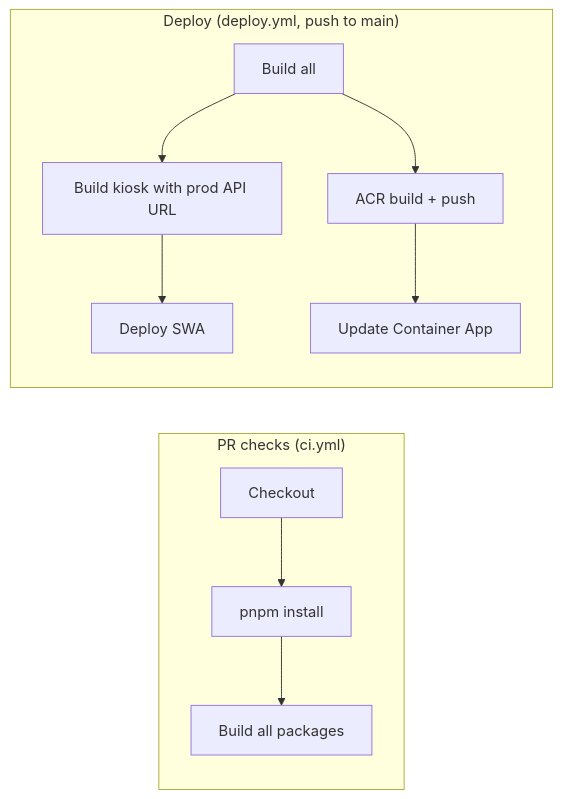
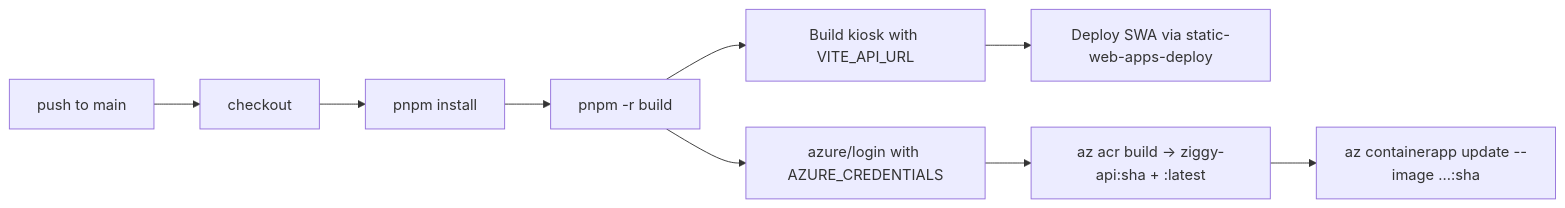
The third of 3 diagrams in docs/deployment.md (expertslive/ziggy), drawn with Mermaid before and after one commit. The commit also changed other lines of this file and 10 other files, not shown here.

First line of the commit message:
docs: comprehensive refresh — architecture, security, data model, state management, lessons

````diff
--- a/docs/deployment.md
+++ b/docs/deployment.md
@@ -39,14 +92,11 @@
 ```mermaid
-graph LR
-    subgraph "PR checks (ci.yml)"
-        A[Checkout] --> B[pnpm install]
-        B --> C[Build all packages]
-    end
-
-    subgraph "Deploy (deploy.yml, push to main)"
-        D[Build all] --> E[Build kiosk with prod API URL]
-        E --> F[Deploy SWA]
-        D --> G[ACR build + push]
-        G --> H[Update Container App]
-    end
+flowchart LR
+    Push[push to main] --> CK[checkout]
+    CK --> PN[pnpm install]
+    PN --> BLD[pnpm -r build]
+    BLD --> KB[Build kiosk with VITE_API_URL]
+    KB --> SWA[Deploy SWA via static-web-apps-deploy]
+    BLD --> AZ[azure/login with AZURE_CREDENTIALS]
+    AZ --> ACRB[az acr build → ziggy-api:sha + :latest]
+    ACRB --> UPD[az containerapp update --image ...:sha]
 ```
````
